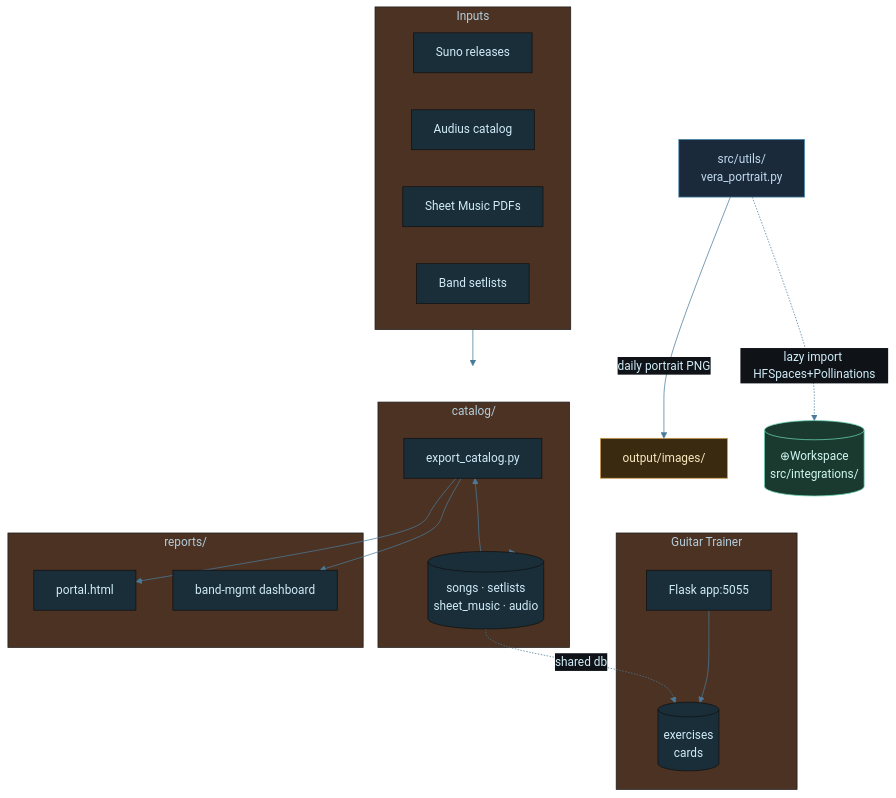
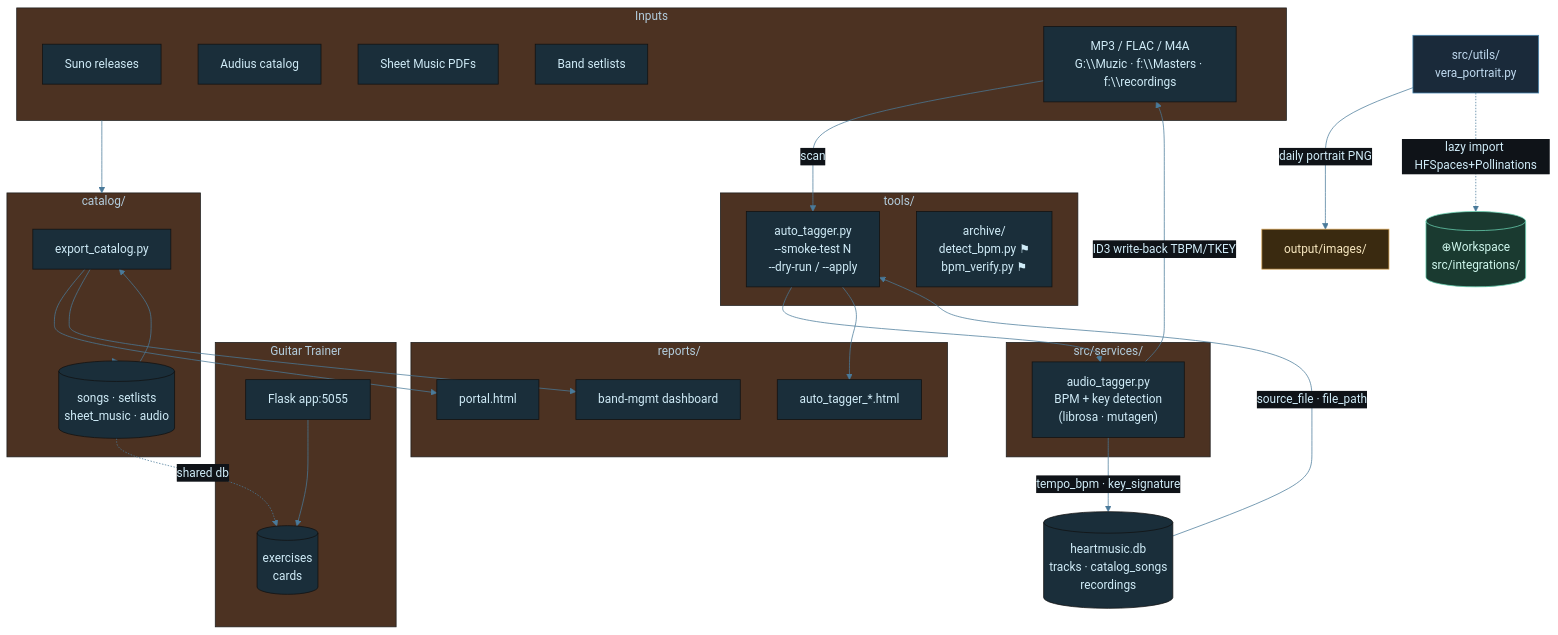
Before and after one commit to tylerdrakemusic/-Workspace: the diagram in diagrams/music-architecture.mmd, drawn with Mermaid. The commit also changed 2 other files, not shown here.

Commit message:
docs(diagrams): update music-architecture + music-db-schema for FR-20260526-bpm-key-auto-tagger
- music-architecture.mmd: add src/services/ layer (AudioTagger), auto_tagger CLI node,
  ID3 write-back edge, archive note for detect_bpm/bpm_verify
- music-db-schema.mmd: replace generic SONGS entity with real tables (TRACKS,
  RECORDINGS, CATALOG_SONGS) including tempo_bpm, key_signature, bpm_source columns

```diff
--- a/diagrams/music-architecture.mmd
+++ b/diagrams/music-architecture.mmd
@@ -1,49 +1,67 @@
 %%{init: {'theme': 'base', 'themeVariables': {'primaryColor': '#1a2e3a', 'primaryTextColor': '#d0ecf8', 'edgeLabelBackground': '#0f1318', 'lineColor': '#4a7a9a'}}}%%
 graph TB
     subgraph Inputs
         Suno[Suno releases]
         Audius[Audius catalog]
         SheetMusic[Sheet Music PDFs]
         Setlists[Band setlists]
+        AudioFiles["MP3 / FLAC / M4A<br/>G:\\Muzic · f:\\Masters · f:\\recordings"]
     end
     subgraph Catalog["catalog/"]
         Export[export_catalog.py]
         Songs[(songs · setlists<br/>sheet_music · audio)]
+    end
+    subgraph Services["src/services/"]
+        AudioTagger["audio_tagger.py\nBPM + key detection\n(librosa · mutagen)"]
+    end
+    subgraph Tools["tools/"]
+        AutoTagger["auto_tagger.py\n--smoke-test N\n--dry-run / --apply"]
+        ArchiveNote["archive/\ndetect_bpm.py ⚑\nbpm_verify.py ⚑"]
     end
     subgraph Trainer["Guitar Trainer"]
         TrainerApp[Flask app:5055]
         TrainerDB[(exercises<br/>cards)]
     end
     subgraph Reports["reports/"]
         Portal[portal.html]
         Dash[band-mgmt dashboard]
+        TaggerReport[auto_tagger_*.html]
     end
+    DB[(heartmusic.db<br/>tracks · catalog_songs<br/>recordings)]
     Inputs --> Catalog
     Catalog --> Songs
     Songs --> Export
     Export --> Portal
     Export --> Dash
     TrainerApp --> TrainerDB
     Songs -.shared db.-> TrainerDB
+    AudioFiles -->|scan| AutoTagger
+    DB -->|source_file · file_path| AutoTagger
+    AutoTagger --> AudioTagger
+    AudioTagger -->|tempo_bpm · key_signature| DB
+    AudioTagger -->|ID3 write-back TBPM/TKEY| AudioFiles
+    AutoTagger --> TaggerReport
     ImagesOut[output/images/]
     WSIntegrations[(⊕Workspace<br/>src/integrations/)]
     VeraPortrait[src/utils/<br/>vera_portrait.py]
     VeraPortrait -->|daily portrait PNG| ImagesOut
     VeraPortrait -.->|lazy import HFSpaces+Pollinations| WSIntegrations
     class Inputs,Reports io
     class Catalog,Trainer core
+    class Services,Tools svc
     class VeraPortrait util
     class ImagesOut out
     class WSIntegrations ws
+    class ArchiveNote deprecated
 
 classDef life     fill:#1a2e3a,stroke:#6ab4d4,color:#d0ecf8
 classDef music    fill:#3a1a24,stroke:#d47a8f,color:#f8d0dc
 classDef quantum  fill:#251a3a,stroke:#a07adf,color:#e8d0f8
 classDef manifest fill:#3a2e1a,stroke:#d4a96a,color:#f8ead0
 classDef ws       fill:#1a3a30,stroke:#6ad4b4,color:#d0f8ee
 classDef tyler    fill:#2a1a3a,stroke:#9e4aff,color:#fff
 classDef ext      fill:#3a2020,stroke:#ff7a7a,color:#ffd0d0
 classDef db       fill:#3a3010,stroke:#d4c050,color:#f8f0c0
 classDef state    fill:#1a1a1a,stroke:#888888,color:#cccccc
 classDef util     fill:#1a2a3a,stroke:#4a8ab4,color:#c0daf0
 classDef out      fill:#3a2a10,stroke:#d4a050,color:#f8e8c0
```
